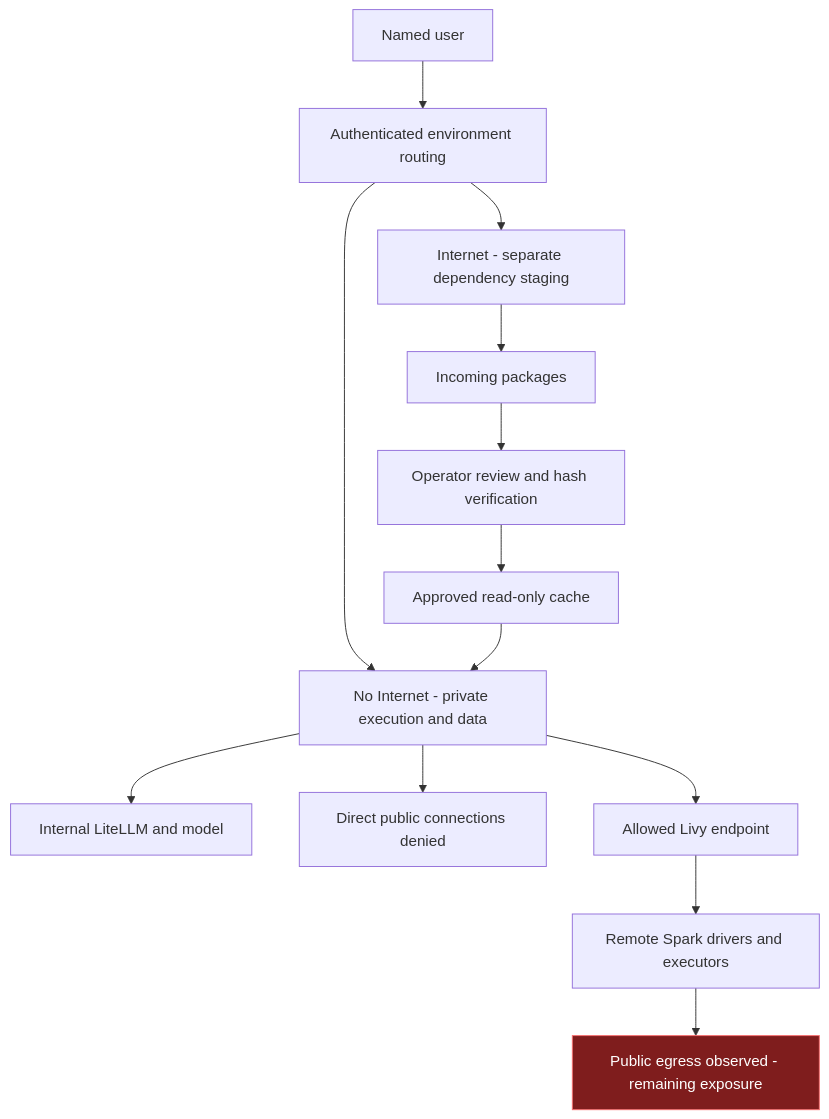
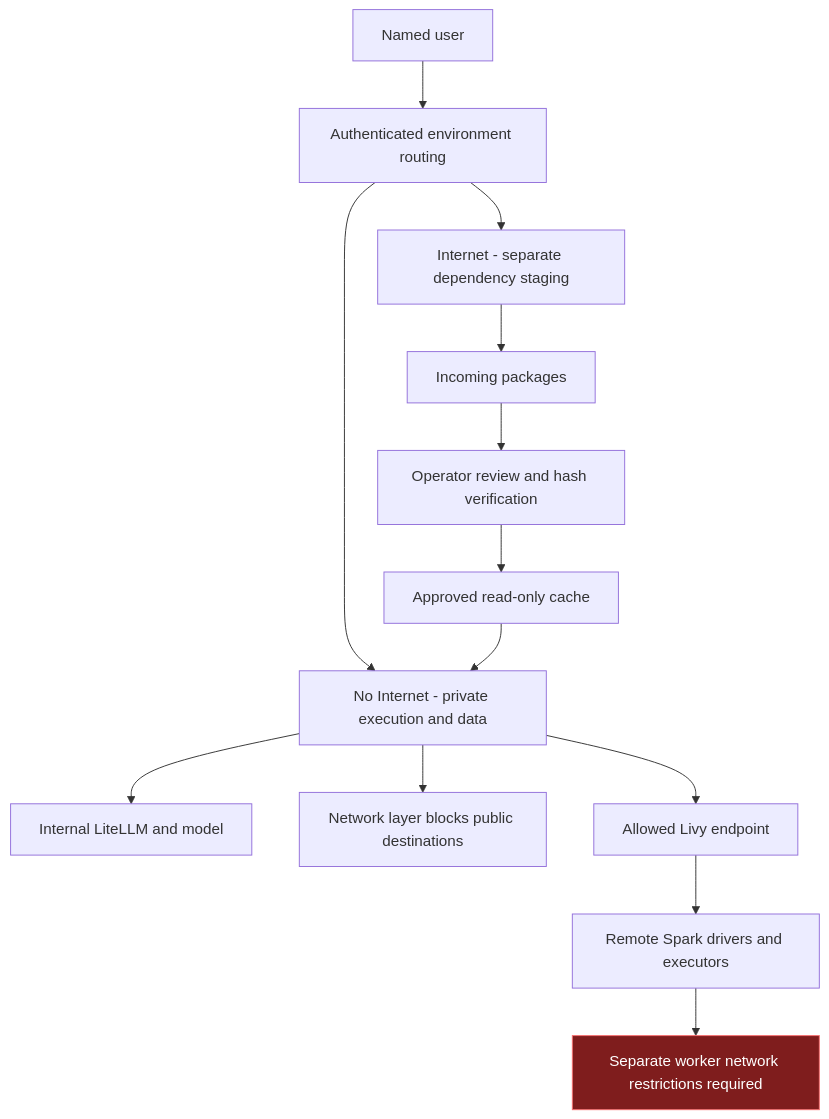
One commit to skunpoj/dsh_setup changed the first of 3 diagrams in docs/DSH_RDT_PILOT_SECURITY_CONTROL_ASSESSMENT.md. Above: the diagram before and after it, drawn with Mermaid. The commit also changed other lines of this file and 3 other files, not shown here.

````diff
--- a/docs/DSH_RDT_PILOT_SECURITY_CONTROL_ASSESSMENT.md
+++ b/docs/DSH_RDT_PILOT_SECURITY_CONTROL_ASSESSMENT.md
@@ -32,17 +32,17 @@
 ```mermaid
 flowchart TB
  U[Named user] --> G[Authenticated environment routing]
  G --> S[No Internet - private execution and data]
  G --> I[Internet - separate dependency staging]
  S --> M[Internal LiteLLM and model]
- S --> B[Direct public connections denied]
+ S --> B[Network layer blocks public destinations]
  I --> P[Incoming packages]
  P --> V[Operator review and hash verification]
  V --> C[Approved read-only cache]
  C --> S
  S --> L[Allowed Livy endpoint]
  L --> R[Remote Spark drivers and executors]
- R --> E[Public egress observed - remaining exposure]
+ R --> E[Separate worker network restrictions required]
  classDef exposure fill:#7f1d1d,stroke:#f87171,color:#ffffff
  class E exposure
 ```
````
